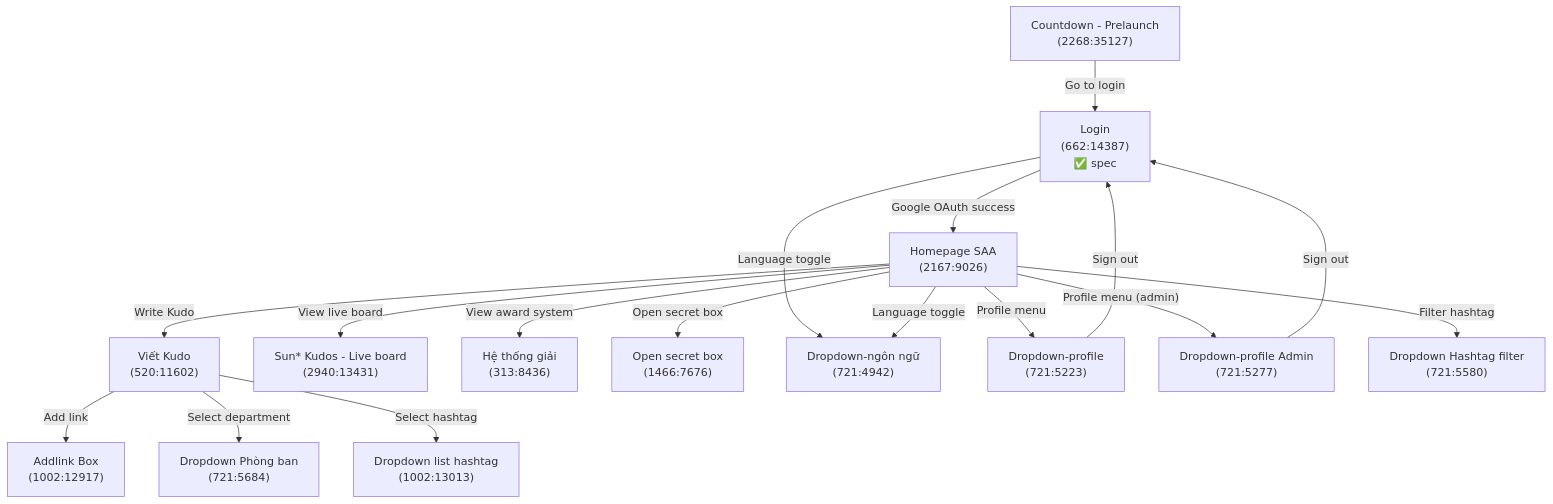
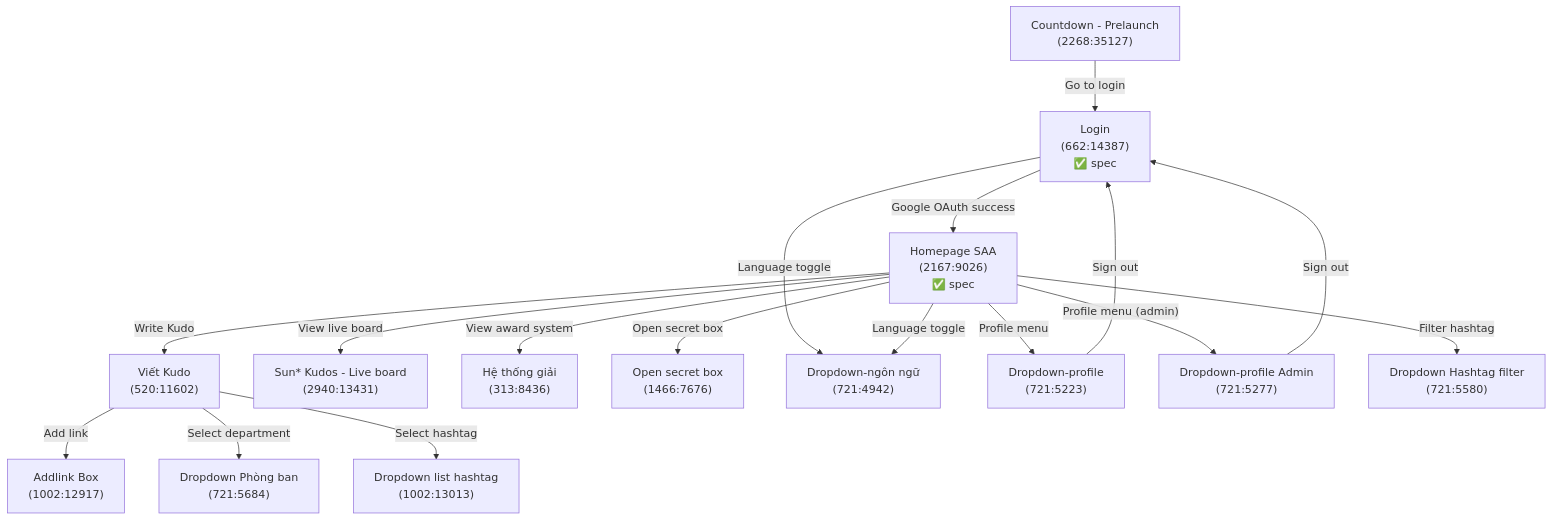
One commit to khanhnd-1312/agentic-coding-hands-on changed the first of 2 diagrams in .momorph/SCREENFLOW.md. Above: the diagram before and after it, drawn with Mermaid. The commit also changed other lines of this file and 62 other files, not shown here.

````diff
--- a/.momorph/SCREENFLOW.md
+++ b/.momorph/SCREENFLOW.md
@@ -45,44 +45,44 @@
 ```mermaid
 flowchart TD
     %% Pre-launch
     Countdown["Countdown - Prelaunch\n(2268:35127)"]
 
     %% Auth
     Login["Login\n(662:14387)\n✅ spec"]
+    Homepage["Homepage SAA\n(2167:9026)\n✅ spec"]
 
     %% Main
-    Homepage["Homepage SAA\n(2167:9026)"]
 
     %% Features
     VietKudo["Viết Kudo\n(520:11602)"]
     LiveBoard["Sun* Kudos - Live board\n(2940:13431)"]
     HeThoGiai["Hệ thống giải\n(313:8436)"]
     SecretBox["Open secret box\n(1466:7676)"]
     AddlinkBox["Addlink Box\n(1002:12917)"]
 
     %% Dropdowns / overlays
     LangDD["Dropdown-ngôn ngữ\n(721:4942)"]
     ProfileDD["Dropdown-profile\n(721:5223)"]
     ProfileAdminDD["Dropdown-profile Admin\n(721:5277)"]
     PhongBanDD["Dropdown Phòng ban\n(721:5684)"]
     HashtagFilter["Dropdown Hashtag filter\n(721:5580)"]
     HashtagList["Dropdown list hashtag\n(1002:13013)"]
 
     %% Flow
     Countdown -->|"Go to login"| Login
     Login -->|"Google OAuth success"| Homepage
     Login -->|"Language toggle"| LangDD
     Homepage -->|"Language toggle"| LangDD
     Homepage -->|"Profile menu"| ProfileDD
     Homepage -->|"Profile menu (admin)"| ProfileAdminDD
     Homepage -->|"Write Kudo"| VietKudo
     Homepage -->|"View live board"| LiveBoard
     Homepage -->|"View award system"| HeThoGiai
     Homepage -->|"Open secret box"| SecretBox
     Homepage -->|"Filter hashtag"| HashtagFilter
     VietKudo -->|"Add link"| AddlinkBox
     VietKudo -->|"Select department"| PhongBanDD
     VietKudo -->|"Select hashtag"| HashtagList
     ProfileDD -->|"Sign out"| Login
     ProfileAdminDD -->|"Sign out"| Login
 ```
````
